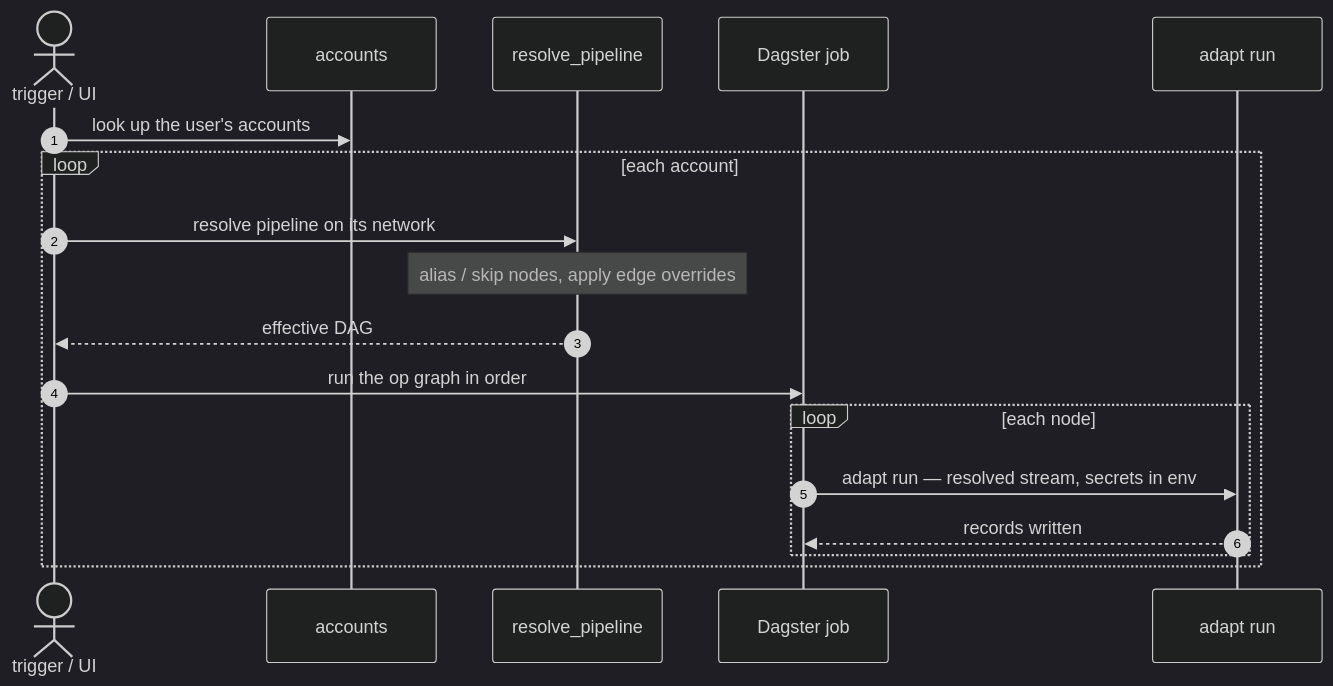
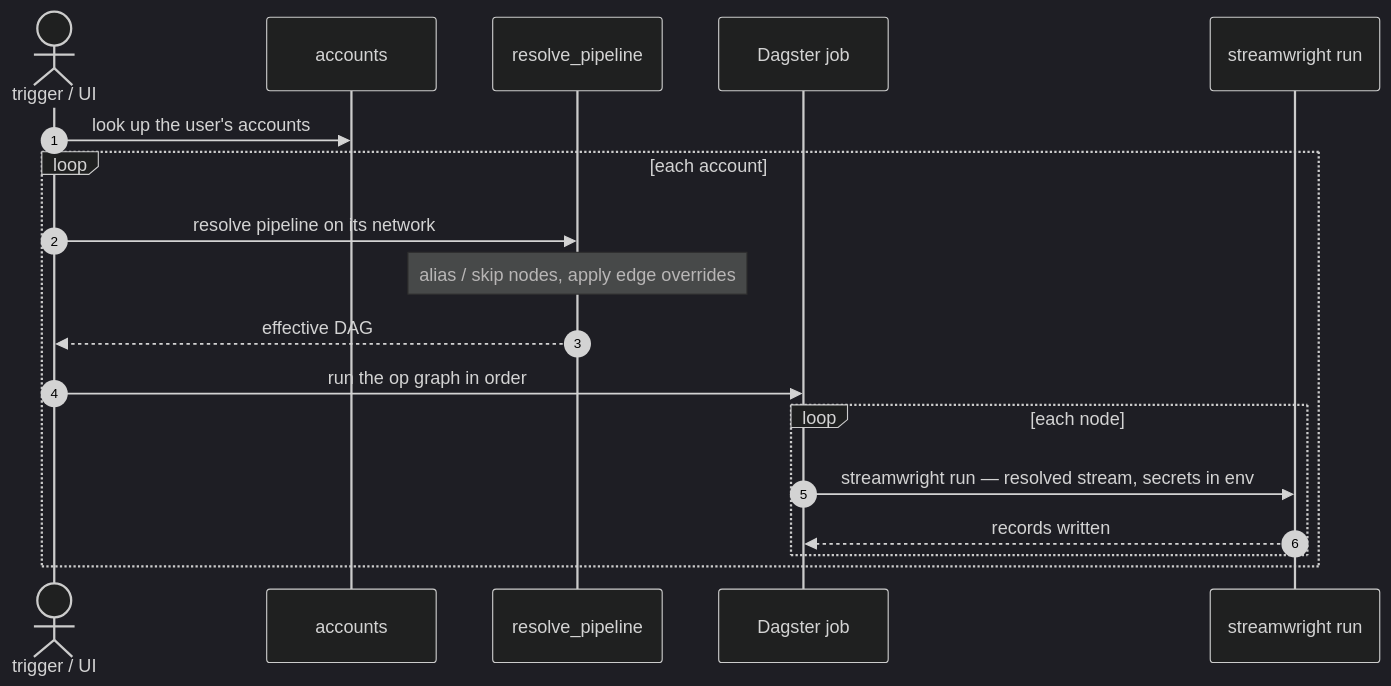
One commit to karthick-jaganathan/ADaPT-ETL changed the third of 5 diagrams in docs/architecture.md. Above: the diagram before and after it, drawn with Mermaid (dark theme). The commit also changed other lines of this file and 274 other files, not shown here.

First line of the commit message:
Rename ADaPT to StreamWright

````diff
--- a/docs/architecture.md
+++ b/docs/architecture.md
@@ -99,21 +99,21 @@
 ```mermaid
 sequenceDiagram
     autonumber
     actor Caller as trigger / UI
     participant Acct as accounts
     participant Spec as resolve_pipeline
     participant Job as Dagster job
-    participant Adapt as adapt run
+    participant StreamWright as streamwright run
 
     Caller->>Acct: look up the user's accounts
     loop each account
         Caller->>Spec: resolve pipeline on its network
         Note over Spec: alias / skip nodes, apply edge overrides
         Spec-->>Caller: effective DAG
         Caller->>Job: run the op graph in order
         loop each node
-            Job->>Adapt: adapt run — resolved stream, secrets in env
-            Adapt-->>Job: records written
+            Job->>StreamWright: streamwright run — resolved stream, secrets in env
+            StreamWright-->>Job: records written
         end
     end
 ```
````
